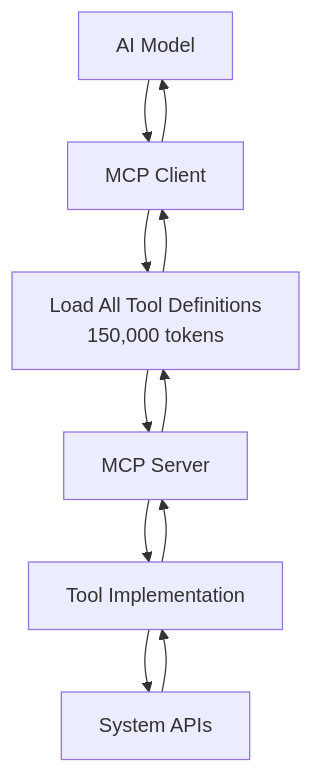
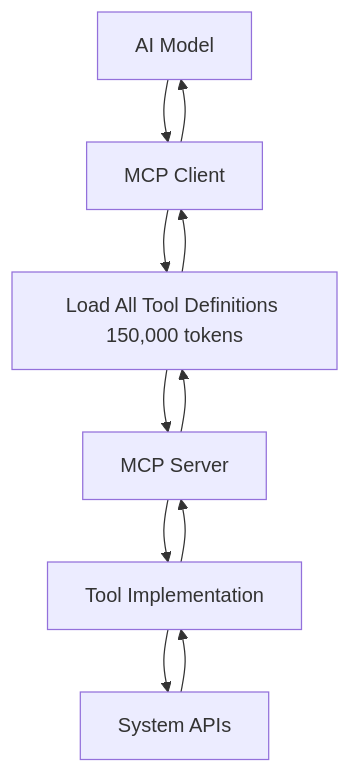
Before and after one commit to softwarewrighter/rust-wasm-monitor: the tenth of 11 diagrams in wiki/Architecture.md, drawn with Mermaid. The commit also changed other lines of this file and 6 other files, not shown here.

````diff
--- a/wiki/Architecture.md
+++ b/wiki/Architecture.md
@@ -544,13 +544,13 @@
 ```mermaid
 graph TB
     A[AI Model] --> B[MCP Client]
-    B --> C[Load All Tool Definitions<br/>150,000 tokens]
+    B --> C[Load All Tool Definitions 150,000 tokens]
     C --> D[MCP Server]
     D --> E[Tool Implementation]
     E --> F[System APIs]
     F --> E
     E --> D
     D --> C
     C --> B
     B --> A
 ```
````
